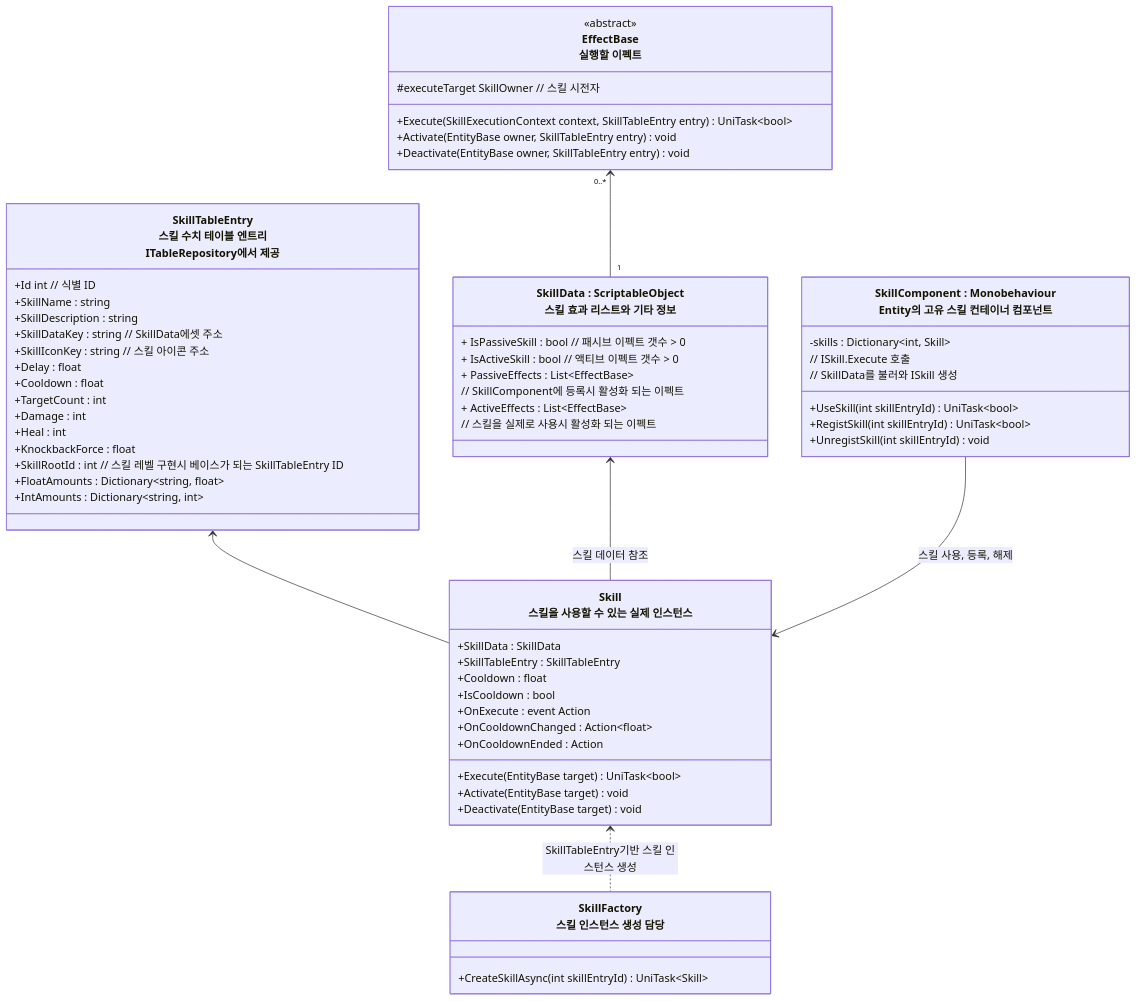
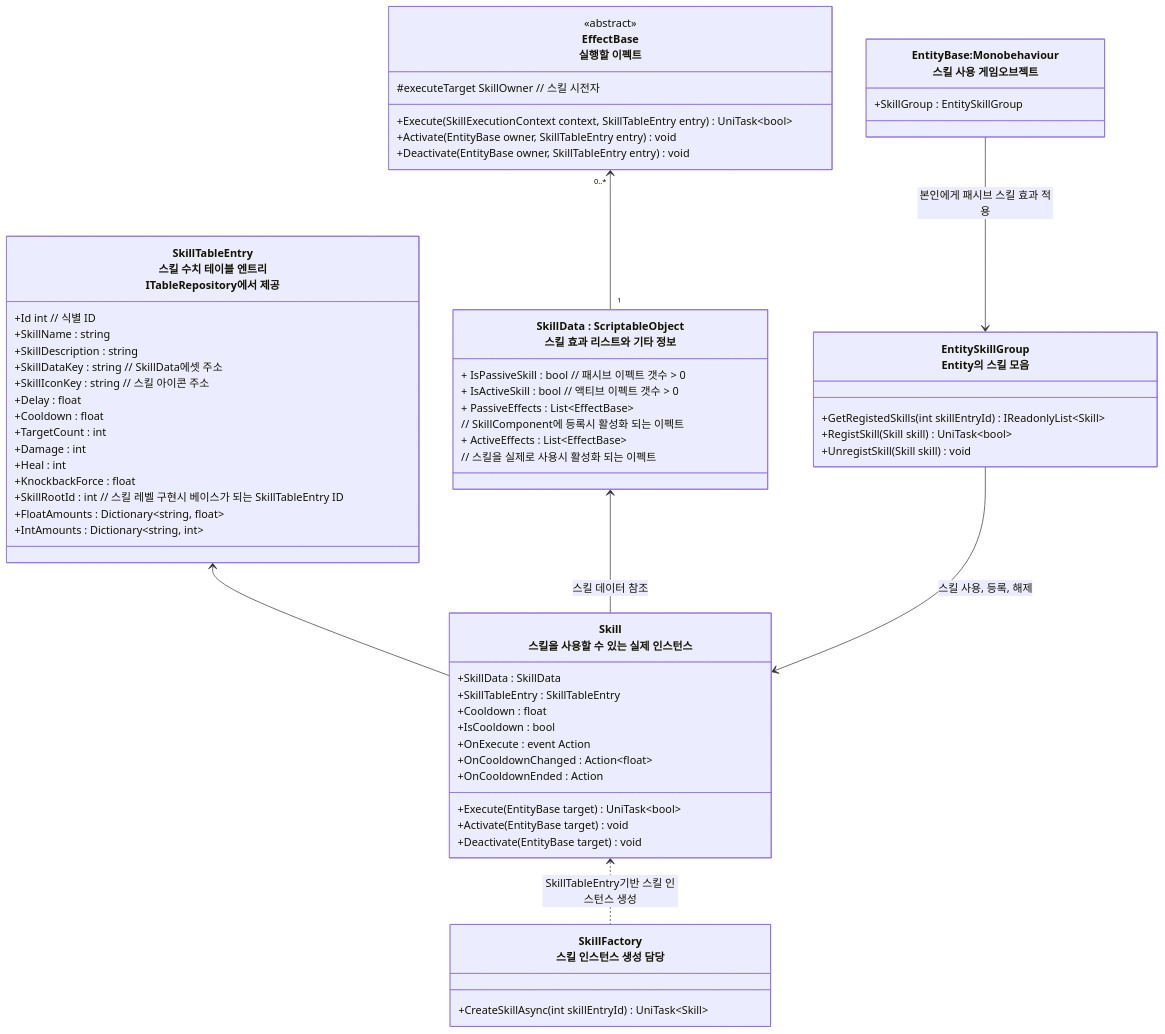
The first of 2 diagrams in README/스킬시스템_설계.md (JIN5EOK/DungeonShooter), drawn with Mermaid before and after one commit. The commit also changed other lines of this file and 3 other files, not shown here.

````diff
--- a/README/스킬시스템_설계.md
+++ b/README/스킬시스템_설계.md
@@ -7,67 +7,70 @@
 ```mermaid
 classDiagram
     class EffectBase["EffectBase<br>실행할 이펙트"]{
         <<abstract>>
         #executeTarget SkillOwner // 스킬 시전자
         +Execute(SkillExecutionContext context, SkillTableEntry entry) UniTask~bool~
         +Activate(EntityBase owner, SkillTableEntry entry) void
         +Deactivate(EntityBase owner, SkillTableEntry entry) void
     }
     
     class SkillData["SkillData : ScriptableObject<br>스킬 효과 리스트와 기타 정보"]{
 		+ IsPassiveSkill : bool // 패시브 이펙트 갯수 > 0
 		+ IsActiveSkill : bool // 액티브 이펙트 갯수 > 0
         + PassiveEffects : List~EffectBase~ 
         // SkillComponent에 등록시 활성화 되는 이펙트
         + ActiveEffects : List~EffectBase~ 
         // 스킬을 실제로 사용시 활성화 되는 이펙트
     }
 
     class Skill["Skill<br>스킬을 사용할 수 있는 실제 인스턴스"]{
         +SkillData : SkillData
         +SkillTableEntry : SkillTableEntry
         +Cooldown : float
         +IsCooldown : bool
         +OnExecute : event Action
         +OnCooldownChanged : Action~float~
         +OnCooldownEnded : Action
         +Execute(EntityBase target) UniTask~bool~
         +Activate(EntityBase target) void
         +Deactivate(EntityBase target) void
     }
 
 	class SkillTableEntry["SkillTableEntry<br>스킬 수치 테이블 엔트리<br>ITableRepository에서 제공 "]{
 		+Id int // 식별 ID
 		+SkillName : string
 		+SkillDescription : string
 		+SkillDataKey : string // SkillData에셋 주소
 		+SkillIconKey : string // 스킬 아이콘 주소
 		+Delay : float
 		+Cooldown : float
 		+TargetCount : int
         +Damage : int
         +Heal : int
 		+KnockbackForce : float
         +SkillRootId : int // 스킬 레벨 구현시 베이스가 되는 SkillTableEntry ID
         +FloatAmounts : Dictionary~string, float~
         +IntAmounts : Dictionary~string, int~
 	}
 	
-    class SkillComponent["SkillComponent : Monobehaviour<br>Entity의 고유 스킬 컨테이너 컴포넌트"]{
-        -skills : Dictionary~int, Skill~
-        +UseSkill(int skillEntryId) UniTask~bool~
-        // ISkill.Execute 호출
-        +RegistSkill(int skillEntryId) UniTask~bool~
-        // SkillData를 불러와 ISkill 생성 
-        +UnregistSkill(int skillEntryId) void
+    class EntitySkillGroup["EntitySkillGroup<br>Entity의 스킬 모음"]{
+        +GetRegistedSkills(int skillEntryId) IReadonlyList~Skill~
+        +RegistSkill(Skill skill) UniTask~bool~
+        +UnregistSkill(Skill skill) void
     }
     
 	class SkillFactory["SkillFactory<br>스킬 인스턴스 생성 담당"]{
         +CreateSkillAsync(int skillEntryId) UniTask~Skill~
     }
+    
+    class EntityBase["EntityBase:Monobehaviour<br>스킬 사용 게임오브젝트"]{
+        +SkillGroup : EntitySkillGroup
+    }
+    
     SkillTableEntry <-- Skill
     SkillData <-- Skill : 스킬 데이터 참조
     EffectBase "0..*"<--"1" SkillData
-    SkillComponent --> Skill  : 스킬 사용, 등록, 해제
+    EntitySkillGroup --> Skill  : 스킬 사용, 등록, 해제
     Skill <.. SkillFactory : SkillTableEntry기반 스킬 인스턴스 생성
+    EntityBase --> EntitySkillGroup : 본인에게 패시브 스킬 효과 적용
 ```
````
